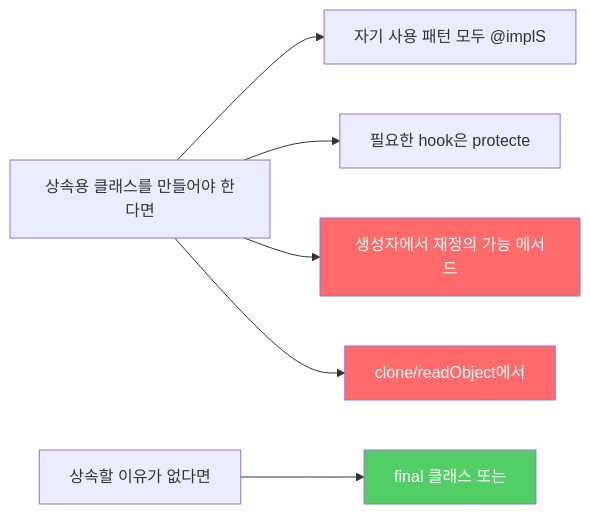
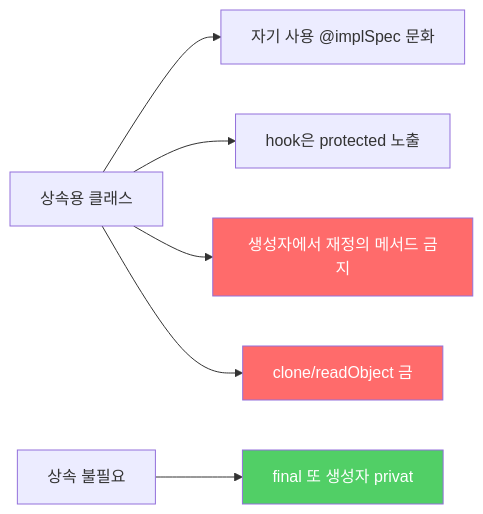
Before and after one commit to yjkim2015/yjkim2015.github.io: the sixth of 6 diagrams in _posts/java/2022-01-03-effective-java19.md, drawn with Mermaid. The commit also changed 245 other files, not shown here.

First line of the commit message:
Mermaid 다이어그램 전면 수정 + 면접 포인트 접기/펼치기 + DB 데드락 페이지

````diff
--- a/_posts/java/2022-01-03-effective-java19.md
+++ b/_posts/java/2022-01-03-effective-java19.md
@@ -228,11 +228,11 @@
 ```mermaid
 graph LR
-    A["상속용 클래스를 만들어야 한다면"] --> B["자기 사용 패턴 모두 @implS"]
-    A --> C["필요한 hook은 protecte"]
-    A --> D["생성자에서 재정의 가능 메서드"]
-    A --> E["clone/readObject에서"]
-    F["상속할 이유가 없다면"] --> G["final 클래스 또는"]
+    A["상속용 클래스"] --> B["자기 사용 @implSpec 문화"]
+    A --> C["hook은 protected 노출"]
+    A --> D["생성자에서 재정의 메서드 금지"]
+    A --> E["clone/readObject 금"]
+    F["상속 불필요"] --> G["final 또 생성자 privat"]
     style D fill:#ff6b6b,color:#fff
     style E fill:#ff6b6b,color:#fff
     style G fill:#51cf66,color:#fff
 ```
````
